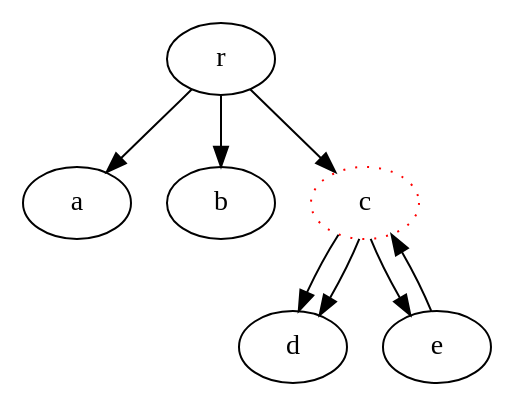
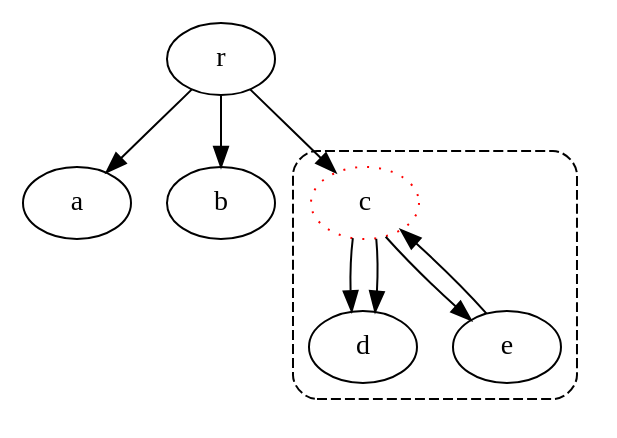
Before and after one commit to CapelliC/loqt: the diagram in lqXDot_test/gallery/tree_foldable.gv, drawn with Graphviz. The commit also changed 7 other files, not shown here.

```diff
--- a/lqXDot_test/gallery/tree_foldable.gv
+++ b/lqXDot_test/gallery/tree_foldable.gv
@@ -1,13 +1,16 @@
 /* script file tree_foldable.gv
    created at Thu Nov 21 11:02:21 2013 */
 
 digraph tree_foldable {
 	r -> a
 	r -> b
 	r -> c
+	subgraph cluster_1 {
+	style="rounded,dashed"
 	c -> d
 	c -> d
 	c -> e
 	e -> c
 	c [color=red tooltip="foldable!" style="dotted"]
+	}
 }
```
